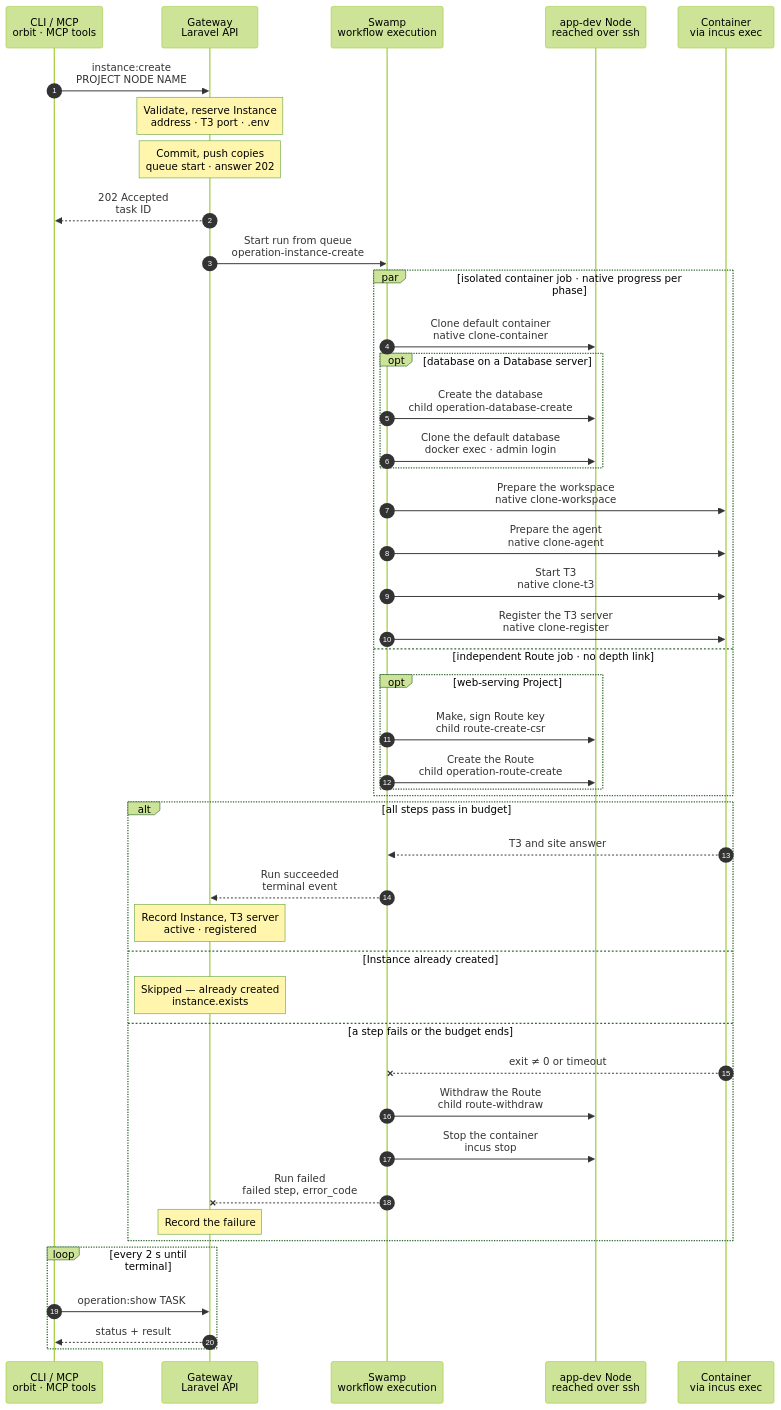
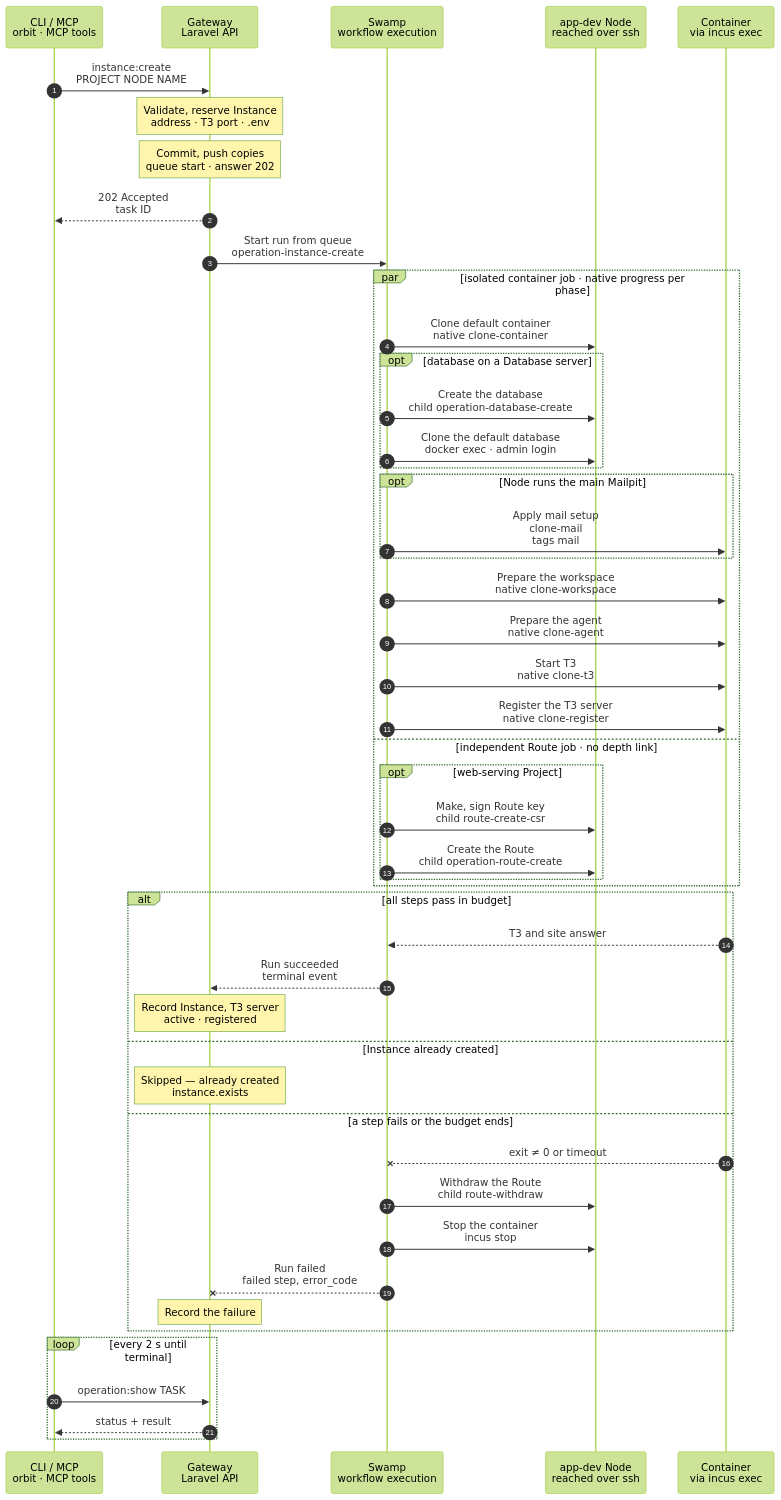
Before and after one commit to hardimpactdev/orbit: the diagram in docs/cli/instance/container/create.mmd, drawn with Mermaid (forest theme). The commit also changed 29 other files, not shown here.

First line of the commit message:
feat(instances): forward development SMTP to the main Mailpit (#3437)

```diff
--- a/docs/cli/instance/container/create.mmd
+++ b/docs/cli/instance/container/create.mmd
@@ -1,116 +1,123 @@
 sequenceDiagram
   %% Target design, container runtime (ADR 0250 step 3, docs/reference/development-containers.md#create): every new Instance is a ZFS clone of the Project's default Instance on its Node, with a clone of its database. Built for the Nodes of the build list. The kind and its step names follow docs/cli/instance/create.mmd; the intent's `container.clone` marks a clone. The Project's first default Instance is container/create-default.mmd; when the charts move into place, it becomes the first-default branch of this chart.
   %% status: draft
   %% command: instance:create
   %% kind: instance.create
   autonumber
   %% lane CLI icon=terminal pill=caller tone=gray
   %% lane GW icon=gateway pill=intent tone=blue
   %% lane SW icon=workflow pill=executes tone=green
   %% lane N icon=server pill=target tone=amber
   %% lane C icon=server pill=target tone=purple
   participant CLI as CLI / MCP<br/>orbit · MCP tools
   participant GW as Gateway<br/>Laravel API
   participant SW as Swamp<br/>workflow execution
   participant N as app-dev Node<br/>reached over ssh
   participant C as Container<br/>via incus exec
   CLI->>GW: instance:create<br/>PROJECT NODE NAME
   %%> Command:
   %%> - `orbit instance:create PROJECT NODE NAME`
   %%> - syntax: `<project> <node> <name> [--root=PATH] [--domain=HOST] [--branch=BRANCH] [--database-server=SLUG]`
   Note over GW: Validate, reserve Instance<br/>address · T3 port · .env
   %%> Requirements:
   %%> - the calling Node has node access to the target Node, an active `app-dev` Node
   %%> - the Project's `default` Instance runs in a container on this Node, is active and has a seed snapshot, else `instance.default_missing`
   %%> - Conn is enabled, and the model router has its guard, else `operation.kind_unavailable`
   %%> - a database on a Database server clones on the default's server; another server refuses `instance.database_clone_unsupported`
   %%> Result:
   %%> - the Instance is reserved with its runtime record: container name, bridge address, the lowest free T3 port from 3800 and the default as clone source
   %%> - `.env` is rendered from the Project's env template; it, the placeholder model key and a repository read token go to the vault
   %%> - the clone workspace reads one private JSON vault value with `.env` and the Process environment files; SSH stdin takes the whole value
   %%> - a task is recorded with the full intent and `container.clone`
   Note over GW: Commit, push copies<br/>queue start · answer 202
   GW-->>CLI: 202 Accepted<br/>task ID
   GW->>SW: Start run from queue<br/>operation-instance-create
   par isolated container job · native progress per phase
     SW->>N: Clone default container<br/>native clone-container
     %%> What it does:
     %%> - the copy supplies the full root disk device (type, path, pool and size), whether the seed inherits it or stores it locally
     %%> - `incus copy` of the default container's snapshot `seed-<commit>`, a ZFS clone; a stopped default needs no start
     %%> - the copy gets its own bridge address and ACL, and the proxy device `t3`: NAT from the Node's WireGuard address and the T3 port to T3's port 3773
     %%> - the container's ACL lets the Node's Caddy reach port 8080, WireGuard peers reach port 3773, and the container reach its database server's port
     %%> - UFW: a route rule admits WireGuard peers to T3, below a deny for the task VM range; a rule admits the container to its database server's port
     %%> - starts the copy: nftables, `hidepid` and the image's units start; T3 does not, because `/etc/orbit/instance` does not exist yet
     %%> Branch:
     %%> - fetches the Instance's branch into the Node's mirror with the read token, or creates it at the seed commit; the token stays on the Node
     opt database on a Database server
       SW->>N: Create the database<br/>child operation-database-create
       %%> What it does, through the database family:
       %%> - creates the Instance's owner and an empty database on the default's server
       SW->>N: Clone the default database<br/>docker exec · admin login
       %%> What it does:
       %%> - PostgreSQL: refuses new connections to the default database and ends its sessions, then `CREATE DATABASE … TEMPLATE`, and gives the clone's objects to the new owner
       %%> - a cleanup that always runs allows connections to the default database again
       %%> - MySQL: a dump of the default database restored into the new one
       %%> Runs beside the clone step: Swamp starts both at once.
+    end
+    opt Node runs the main Mailpit
+      SW->>C: Apply mail setup<br/>clone-mail<br/>tags mail
+      %%> Why:
+      %%> - the exact own-ACL SMTP rule and additive bridge endpoint reach Mailpit without a Node converge
+      %%> When:
+      %%> - two IPv4 loopback sockets forward 1025 and 2525; a foreign listener skips setup without stopping its Process
     end
     SW->>C: Prepare the workspace<br/>native clone-workspace
     %%> What it does:
     %%> - pushes the branch in as a bundle and checks it out in `/srv/workspace`; the group, setgid bits and default ACLs come with the clone
     %%> - writes `.env` for `orbit` with group `work`; it keeps the default's `APP_KEY`, because the cloned data is encrypted with it
     %%> No setup steps:
     %%> - the default Instance installed the dependencies and migrated; a later lockfile change is installed in the workspace
     SW->>C: Prepare the agent<br/>native clone-agent
     %%> What it does:
     %%> - writes the placeholder key for `agent`, and the Claude Code and Codex settings that point at the model forwarder
     %%> - links `~/.claude/CLAUDE.md` and `~/.codex/AGENTS.md` of `agent` to the note of the Project type
     %%> - writes `/etc/orbit/instance`, owned by root and readable by all
     %%> What it does:
     %%> - writes the shared FrankenPHP Caddyfile and unit, then restarts it as `orbit`; only the Node's bridge peer with `X-Forwarded-Proto: https` sets PHP's HTTPS scheme, port and resolved client IP
   %%> - starts use nonblocking systemd jobs, then a bounded readiness check for each running unit; container Process units order after `network.target`
     SW->>C: Start T3<br/>native clone-t3
     %%> What it does:
     %%> - T3 starts for the first time and creates its identity; the T3 project `/srv/workspace` is added as `agent`
     %%> Check:
     %%> - waits up to 30 s for `/.well-known/t3/environment`, else `instance.t3_unready`
     SW->>C: Register the T3 server<br/>native clone-register
     %%> What it does:
     %%> - see container/t3-register.mmd: the sessions go to the vault, and the step checks the environment id and scopes
   and independent Route job · no depth link
     opt web-serving Project
       SW->>N: Make, sign Route key<br/>child route-create-csr
       SW->>N: Create the Route<br/>child operation-route-create
       %%> What it adds:
       %%> - the same steps as `route:create`, with the signed certificate, then a TLS handshake check; no HTTP request waits for app startup
       %%> - the Node's Caddy proxies the Route to FrankenPHP at the container's bridge address
       %%> - the Route job waits only for its CSR; a separate job prevents depth scheduling from delaying the container phases
       %%> - the prepared Route skips workspace ACL and environment writes; the container job owns those
     end
   end
   alt all steps pass in budget
     C-->>SW: T3 and site answer
     SW-->>GW: Run succeeded<br/>terminal event
     Note over GW: Record Instance, T3 server<br/>active · registered
     %%> Result:
     %%> - the Instance, its runtime and its Route become active; the runtime records the default Instance it came from
     %%> - the Conn layer records the T3 server from the result; its Node is the container's Node and it names the Instance
     %%> - the receipt includes when T3 answered, its sessions passed, and the Route TLS probes passed
   else Instance already created
     Note over GW: Skipped — already created<br/>instance.exists
   else a step fails or the budget ends
     C--xSW: exit ≠ 0 or timeout
     SW->>N: Withdraw the Route<br/>child route-withdraw
     %%> When:
     %%> - only when the run published it
     SW->>N: Stop the container<br/>incus stop
     %%> What stays:
     %%> - the stopped container, its database and its runtime record, marked failed; `instance:destroy` removes them
     SW--xGW: Run failed<br/>failed step, error_code
     Note over GW: Record the failure
     %%> Retry:
     %%> - run the same command again; it resumes on the same container and database
   end
   loop every 2 s until terminal
     CLI->>GW: operation:show TASK
     GW-->>CLI: status + result
   end
```
